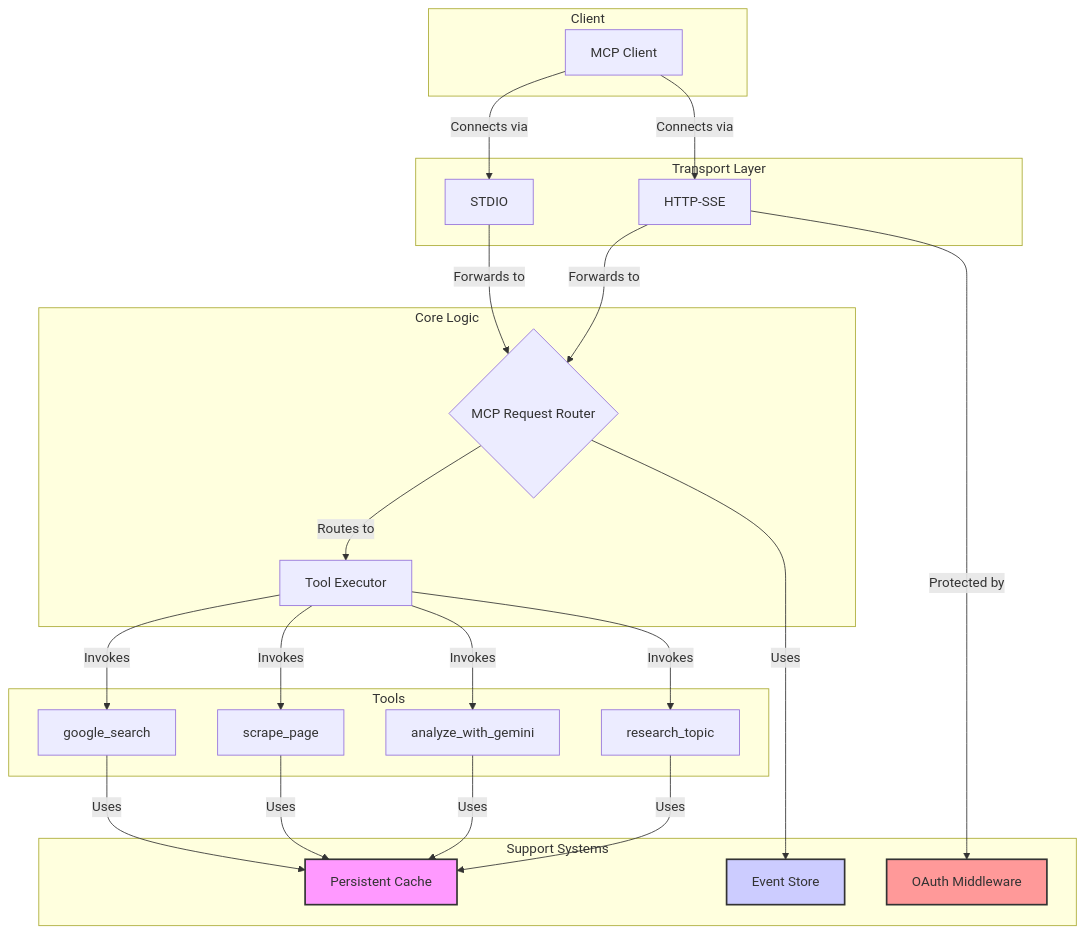
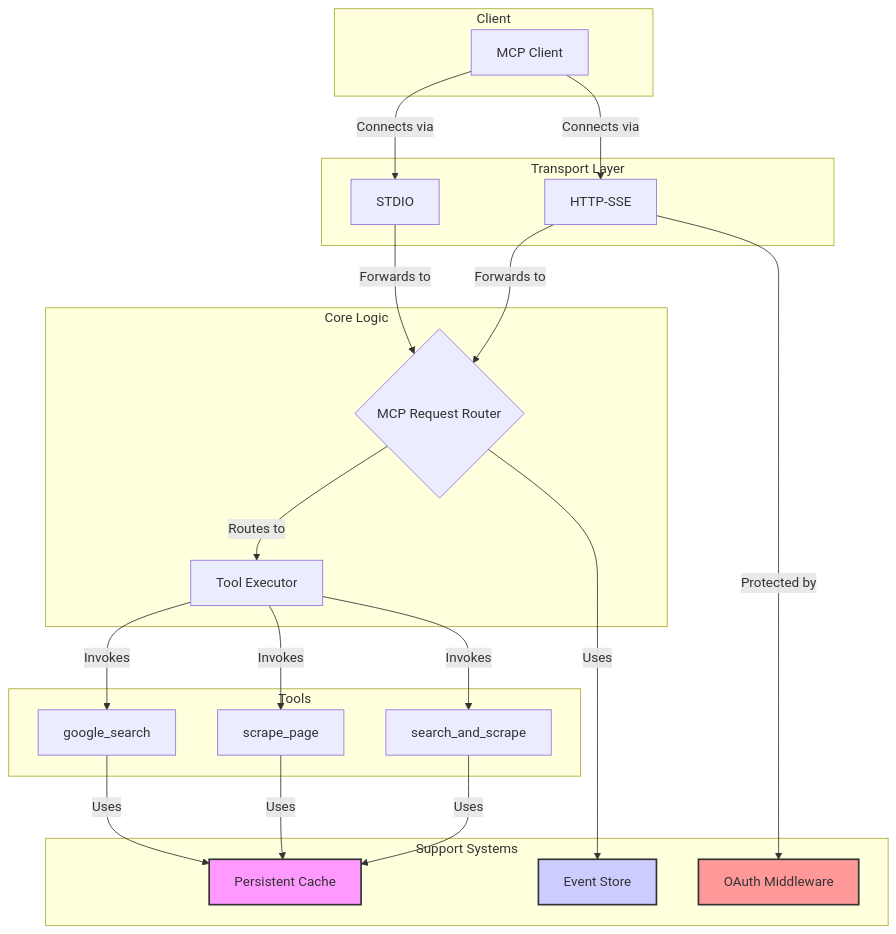
The diagram in README.md (jimweller/google-research-mcp), drawn with Mermaid before and after one commit. The commit also changed other lines of this file and 35 other files, not shown here.

````diff
--- a/README.md
+++ b/README.md
@@ -80,46 +77,44 @@
 ```mermaid
 graph TD
     subgraph "Client"
         A[MCP Client]
     end
 
     subgraph "Transport Layer"
         B[STDIO]
         C[HTTP-SSE]
     end
 
     subgraph "Core Logic"
         D{MCP Request Router}
         E[Tool Executor]
     end
 
     subgraph "Tools"
         F[google_search]
         G[scrape_page]
-        H[analyze_with_gemini]
-        I[research_topic]
+        I[search_and_scrape]
     end
 
     subgraph "Support Systems"
         J[Persistent Cache]
         K[Event Store]
         L[OAuth Middleware]
     end
 
     A -- Connects via --> B
     A -- Connects via --> C
     B -- Forwards to --> D
     C -- Forwards to --> D
     D -- Routes to --> E
     E -- Invokes --> F
     E -- Invokes --> G
-    E -- Invokes --> H
     E -- Invokes --> I
-    F & G & H & I -- Uses --> J
+    F & G & I -- Uses --> J
     D -- Uses --> K
     C -- Protected by --> L
 
     style J fill:#f9f,stroke:#333,stroke-width:2px
     style K fill:#ccf,stroke:#333,stroke-width:2px
     style L fill:#f99,stroke:#333,stroke-width:2px
 ```
````
